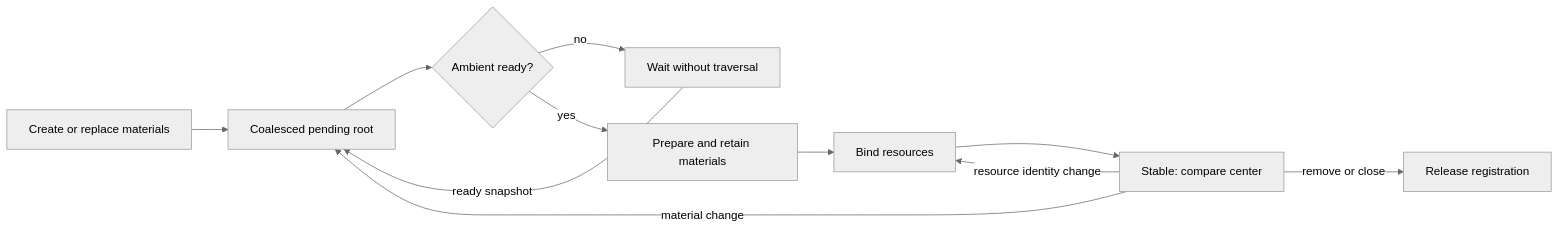
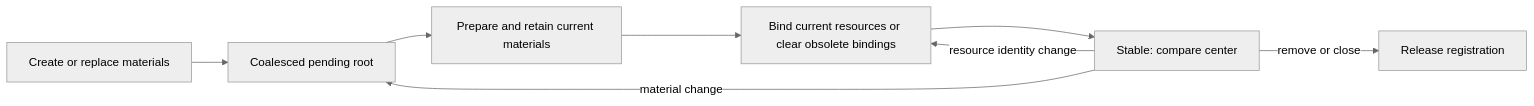
Before and after one commit to tonihele/OpenKeeper: the diagram in docs/entity-material-lifecycle.md, drawn with Mermaid (neutral theme). The commit also changed other lines of this file and 1 other file, not shown here.

````diff
--- a/docs/entity-material-lifecycle.md
+++ b/docs/entity-material-lifecycle.md
@@ -37,13 +37,10 @@
 ```mermaid
 flowchart LR
     E[Create or replace materials] --> Q[Coalesced pending root]
-    Q --> R{Ambient ready?}
-    R -- no --> W[Wait without traversal]
-    W -- ready snapshot --> Q
-    R -- yes --> P[Prepare and retain materials]
-    P --> B[Bind resources]
+    Q --> P[Prepare and retain current materials]
+    P --> B[Bind current resources or clear obsolete bindings]
     B --> S[Stable: compare center]
     S -- material change --> Q
     S -- resource identity change --> B
     S -- remove or close --> X[Release registration]
 ```
````
